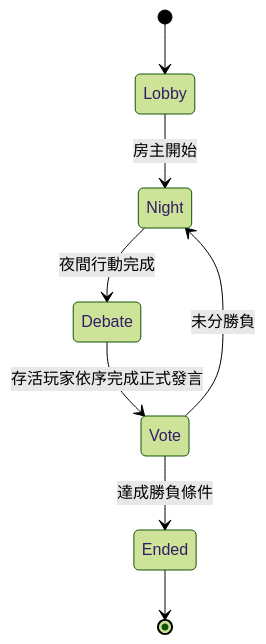
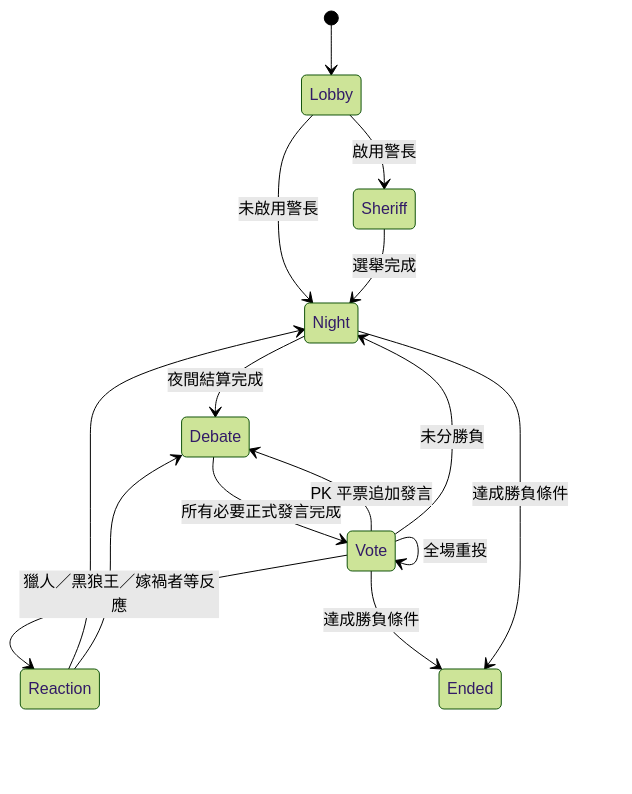
The diagram in README.md (Ray20123315/werewolf-ai-worker), drawn with Mermaid (forest theme) before and after one commit. The commit also changed other lines of this file and 36 other files, not shown here.

````diff
--- a/README.md
+++ b/README.md
@@ -95,10 +41,17 @@
 ```mermaid
 stateDiagram-v2
     [*] --> Lobby
-    Lobby --> Night: 房主開始
-    Night --> Debate: 夜間行動完成
-    Debate --> Vote: 存活玩家依序完成正式發言
+    Lobby --> Sheriff: 啟用警長
+    Lobby --> Night: 未啟用警長
+    Sheriff --> Night: 選舉完成
+    Night --> Debate: 夜間結算完成
+    Debate --> Vote: 所有必要正式發言完成
+    Vote --> Debate: PK 平票追加發言
+    Vote --> Vote: 全場重投
     Vote --> Night: 未分勝負
+    Vote --> Reaction: 獵人／黑狼王／嫁禍者等反應
+    Reaction --> Night
+    Reaction --> Debate
     Vote --> Ended: 達成勝負條件
-    Ended --> [*]
+    Night --> Ended: 達成勝負條件
 ```
````
